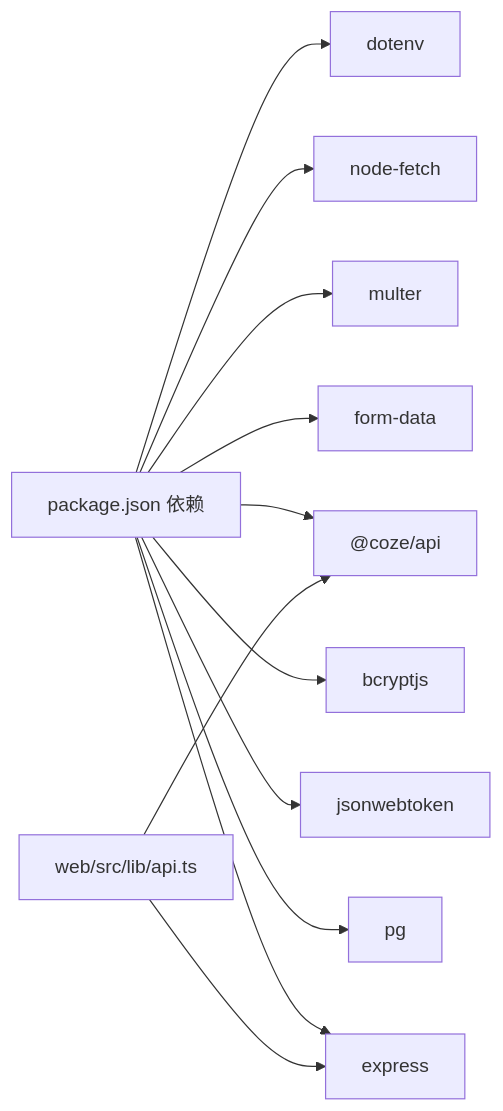
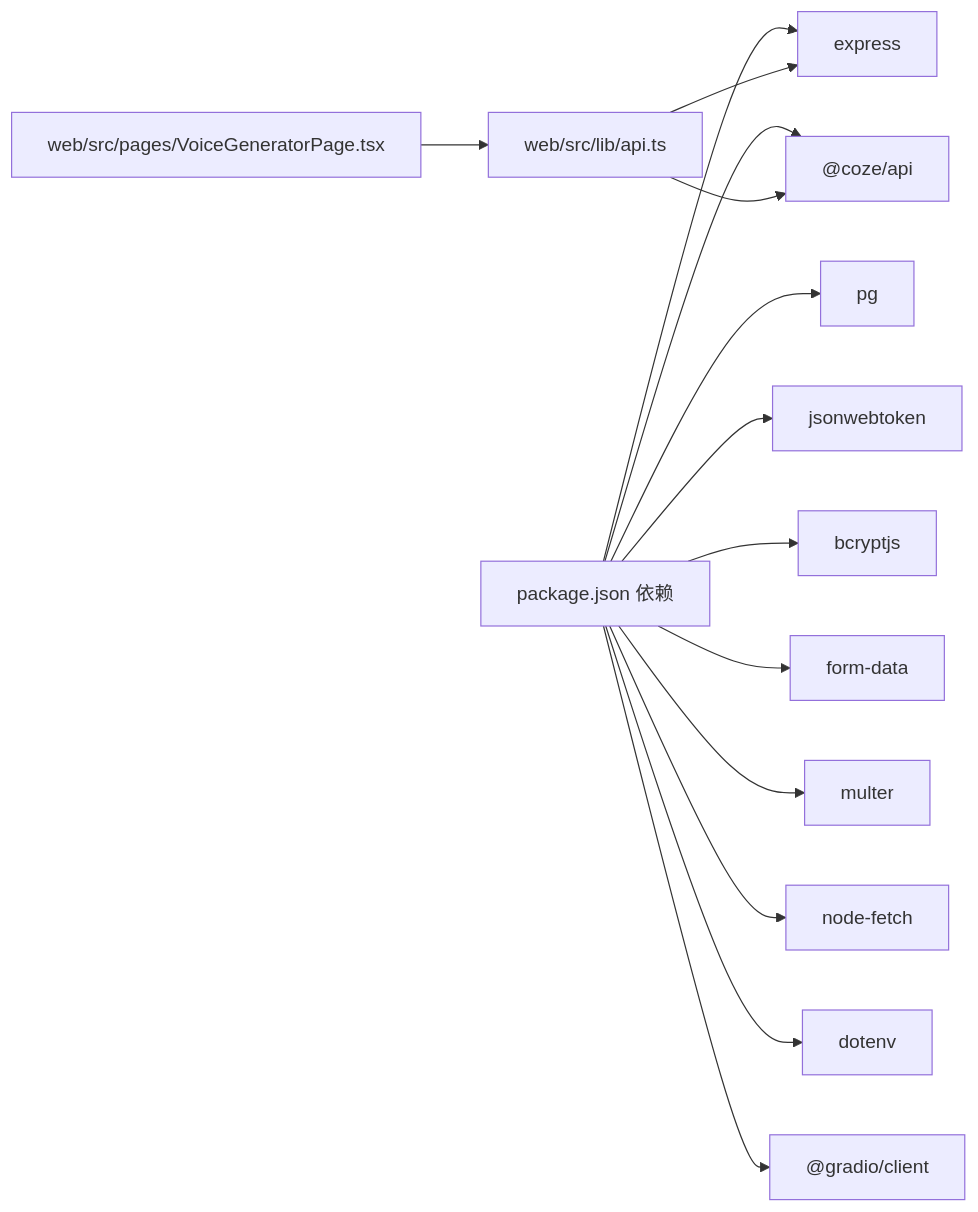
Before and after one commit to hanksd769-droid/sailshub: the eighth of 8 diagrams in .qoder/repowiki/zh/content/API 接口文档/API 接口文档.md, drawn with Mermaid. The commit also changed other lines of this file and 6 other files, not shown here.

````diff
--- a/.qoder/repowiki/zh/content/API 接口文档/API 接口文档.md
+++ b/.qoder/repowiki/zh/content/API 接口文档/API 接口文档.md
@@ -404,14 +440,16 @@
 ```mermaid
 graph LR
 P["package.json 依赖"] --> E["express"]
 P --> PG["pg"]
 P --> JWT["jsonwebtoken"]
 P --> BC["bcryptjs"]
 P --> FD["form-data"]
 P --> MF["multer"]
 P --> NF["node-fetch"]
 P --> DOT["dotenv"]
 P --> COZE["@coze/api"]
+P --> GRADIO["@gradio/client"]
 FE["web/src/lib/api.ts"] --> E
 FE --> COZE
+PAGE["web/src/pages/VoiceGeneratorPage.tsx"] --> FE
 ```
````
